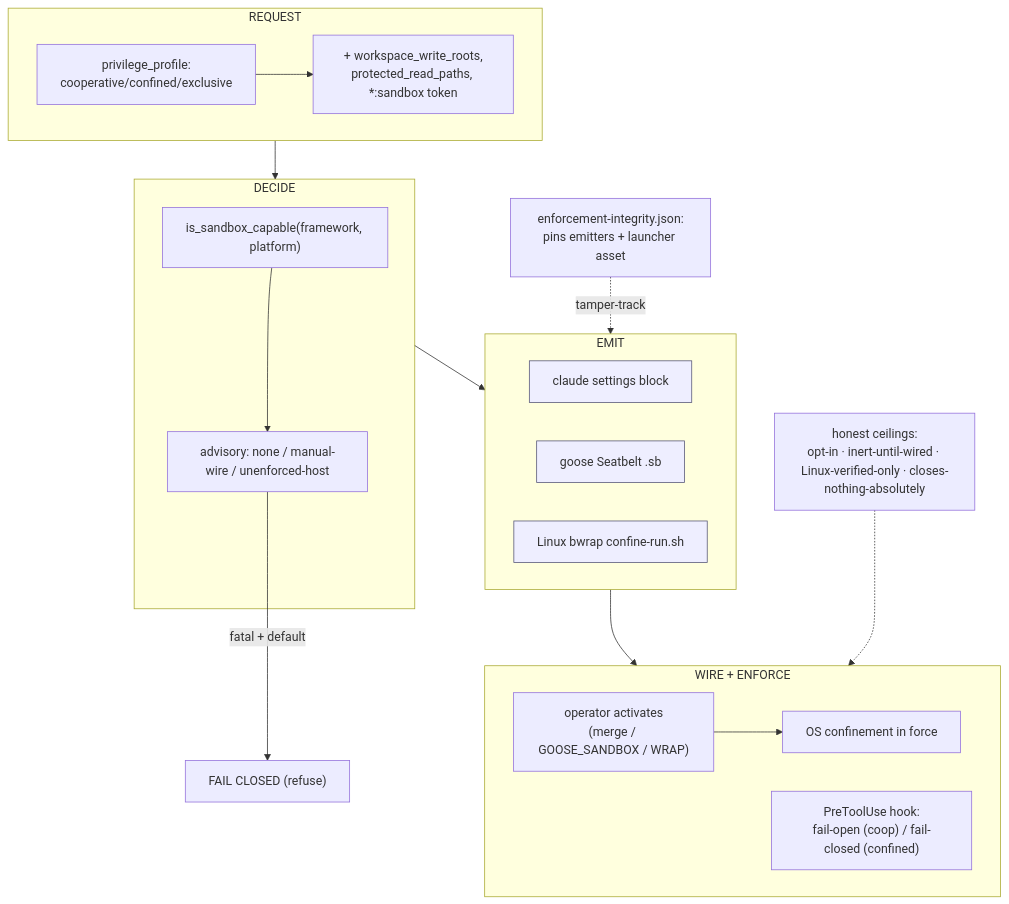
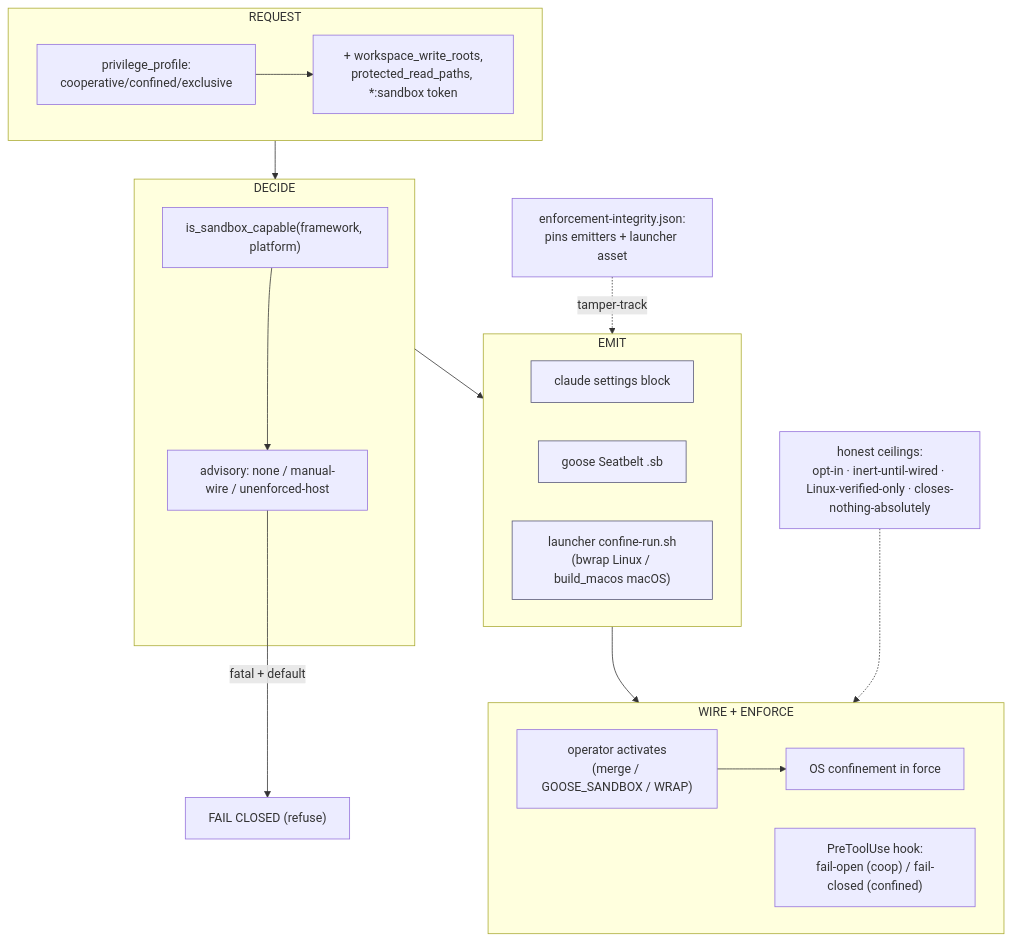
The diagram in docs_src/agentteams-sandboxing-guide/reference/part-viii-synthesis-and-reference.md (jlcatonjr/agentteams), drawn with Mermaid before and after one commit. The commit also changed other lines of this file and 16 other files, not shown here.

First line of the commit message:
docs(sandboxing): document the macOS augmentation of the confinement launcher

````diff
--- a/docs_src/agentteams-sandboxing-guide/reference/part-viii-synthesis-and-reference.md
+++ b/docs_src/agentteams-sandboxing-guide/reference/part-viii-synthesis-and-reference.md
@@ -13,25 +13,25 @@
 ```mermaid
 flowchart TD
     subgraph REQUEST
         r1["privilege_profile:<br/>cooperative/confined/exclusive"] --> r2["+ workspace_write_roots,<br/>protected_read_paths, *:sandbox token"]
     end
     subgraph DECIDE
         d1["is_sandbox_capable(framework, platform)"] --> d2["advisory: none / manual-wire / unenforced-host"]
     end
     subgraph EMIT
         e1["claude settings block"]:::m
         e2["goose Seatbelt .sb"]:::m
-        e3["Linux bwrap confine-run.sh"]:::m
+        e3["launcher confine-run.sh<br/>(bwrap Linux / build_macos macOS)"]:::m
     end
     subgraph WIRE_ENFORCE["WIRE + ENFORCE"]
         w1["operator activates<br/>(merge / GOOSE_SANDBOX / WRAP)"] --> w2["OS confinement in force"]
         w3["PreToolUse hook:<br/>fail-open (coop) / fail-closed (confined)"]
     end
     REQUEST --> DECIDE
     d2 -->|"fatal + default"| FCX["FAIL CLOSED (refuse)"]
     DECIDE --> EMIT
     EMIT --> WIRE_ENFORCE
     INT["enforcement-integrity.json:<br/>pins emitters + launcher asset"] -.->|tamper-track| EMIT
     CEIL["honest ceilings:<br/>opt-in · inert-until-wired · Linux-verified-only · closes-nothing-absolutely"] -.-> WIRE_ENFORCE
     classDef m fill:#eef,stroke:#557;
 ```
````
